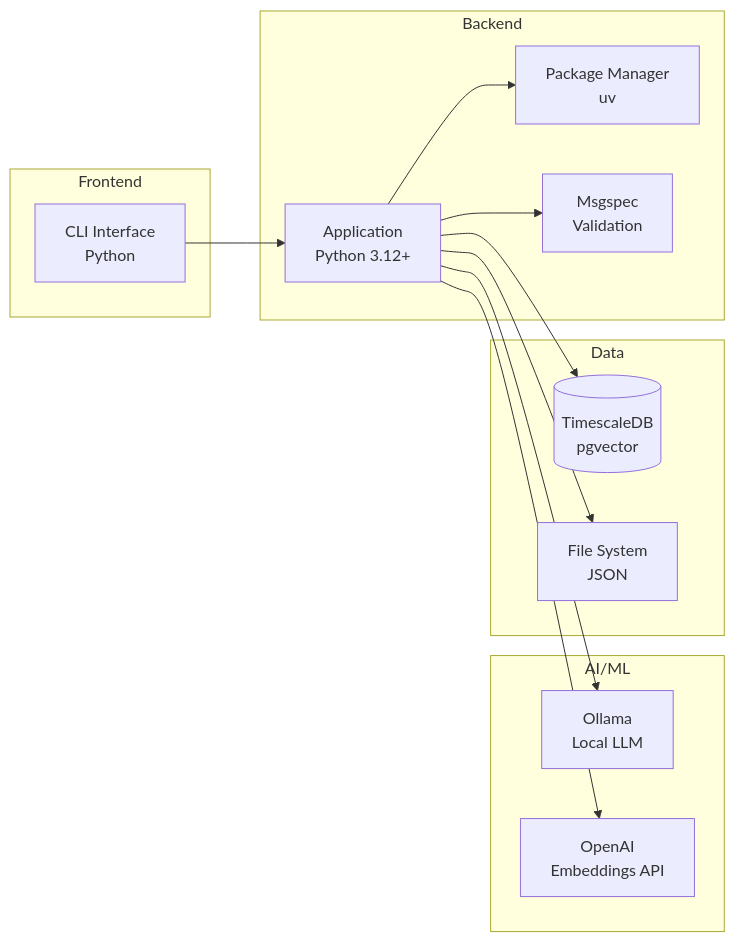
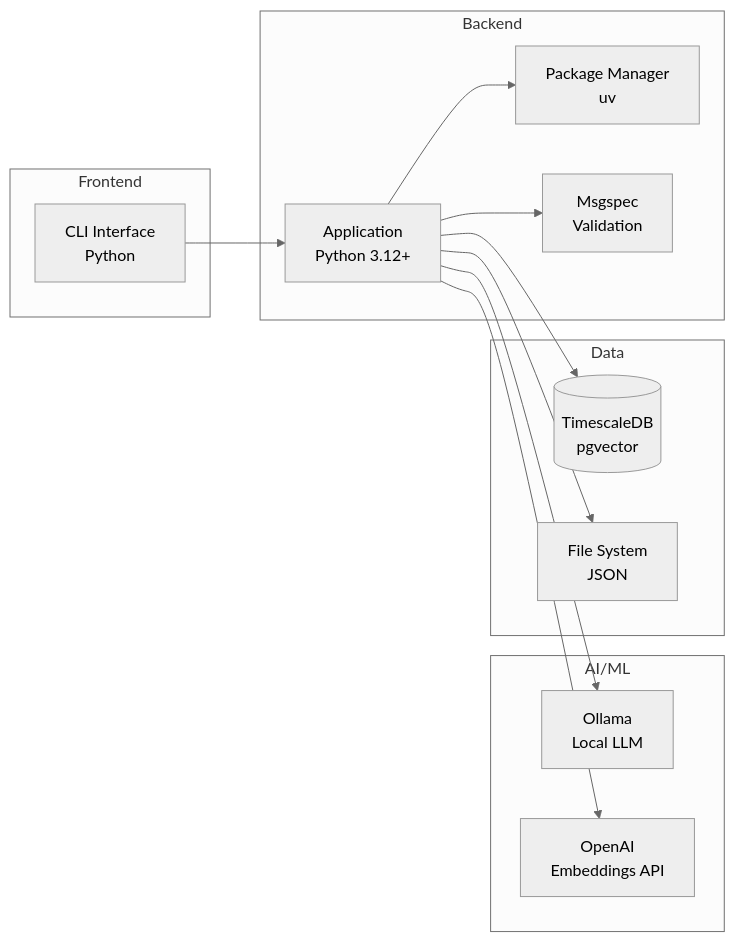
The fourth of 4 diagrams in docs/system-architecture.md (anchildress1/my-hermantic-agent), drawn with Mermaid before and after one commit. The commit also changed other lines of this file and 6 other files, not shown here.

First line of the commit message:
refactor: implement Pydantic Settings and enhance Mermaid diagrams

````diff
--- a/docs/system-architecture.md
+++ b/docs/system-architecture.md
@@ -126,36 +111,31 @@
 ```mermaid
----
-config:
-  accessibility:
-    - label: Technology Stack
-    - description: Tech stack components and their relationships
----
+%%{init: {'theme': 'neutral'}}%%
 graph LR
     subgraph "Frontend"
         CLI[CLI Interface<br/>Python]
     end
 
     subgraph "Backend"
         App[Application<br/>Python 3.12+]
         UV[Package Manager<br/>uv]
         Msgspec[Msgspec<br/>Validation]
     end
 
     subgraph "AI/ML"
         OL[Ollama<br/>Local LLM]
         OAI[OpenAI<br/>Embeddings API]
     end
 
     subgraph "Data"
         TS[(TimescaleDB<br/>pgvector)]
         FS[File System<br/>JSON]
     end
 
     CLI --> App
     App --> UV
     App --> Msgspec
     App --> OL
     App --> OAI
     App --> TS
     App --> FS
 ```
````
